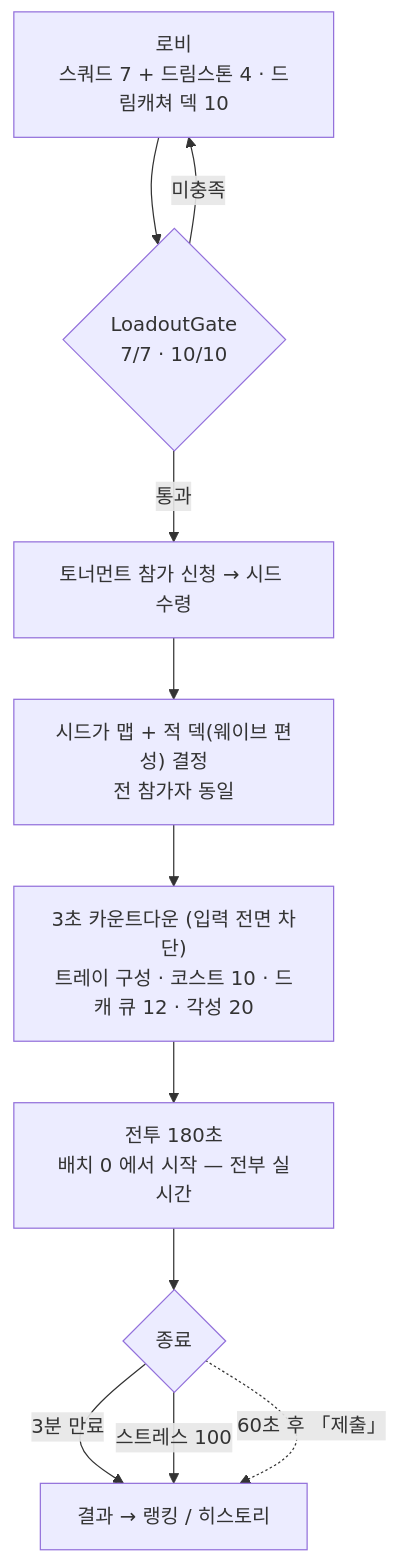
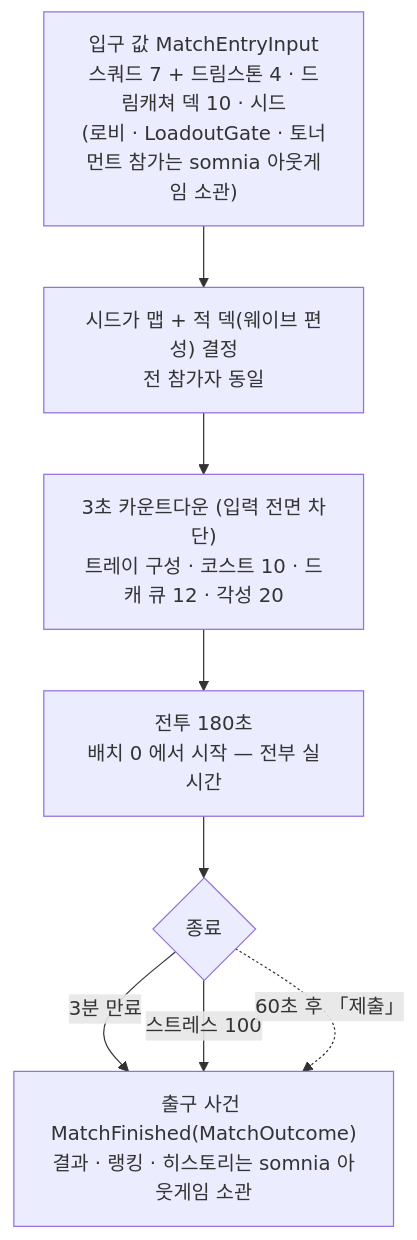
One commit to wasssupman/dreamsquad-demo changed the diagram in docs/reference/ingame-flow.md. Above: the diagram before and after it, drawn with Mermaid. The commit also changed other lines of this file and 13 other files, not shown here.

````diff
--- a/docs/reference/ingame-flow.md
+++ b/docs/reference/ingame-flow.md
@@ -27,13 +27,10 @@
 ```mermaid
 flowchart TD
-    L["로비<br/>스쿼드 7 + 드림스톤 4 · 드림캐쳐 덱 10"] --> G{"LoadoutGate<br/>7/7 · 10/10"}
-    G -->|미충족| L
-    G -->|통과| S["토너먼트 참가 신청 → 시드 수령"]
-    S --> M["시드가 맵 + 적 덱(웨이브 편성) 결정<br/>전 참가자 동일"]
+    L["입구 값 MatchEntryInput<br/>스쿼드 7 + 드림스톤 4 · 드림캐쳐 덱 10 · 시드<br/>(로비 · LoadoutGate · 토너먼트 참가는 somnia 아웃게임 소관)"] --> M["시드가 맵 + 적 덱(웨이브 편성) 결정<br/>전 참가자 동일"]
     M --> C["3초 카운트다운 (입력 전면 차단)<br/>트레이 구성 · 코스트 10 · 드캐 큐 12 · 각성 20"]
     C --> B["전투 180초<br/>배치 0 에서 시작 — 전부 실시간"]
     B --> E{"종료"}
-    E -->|3분 만료| R["결과 → 랭킹 / 히스토리"]
+    E -->|3분 만료| R["출구 사건 MatchFinished(MatchOutcome)<br/>결과 · 랭킹 · 히스토리는 somnia 아웃게임 소관"]
     E -->|스트레스 100| R
     E -.->|60초 후 「제출」| R
 ```
````
